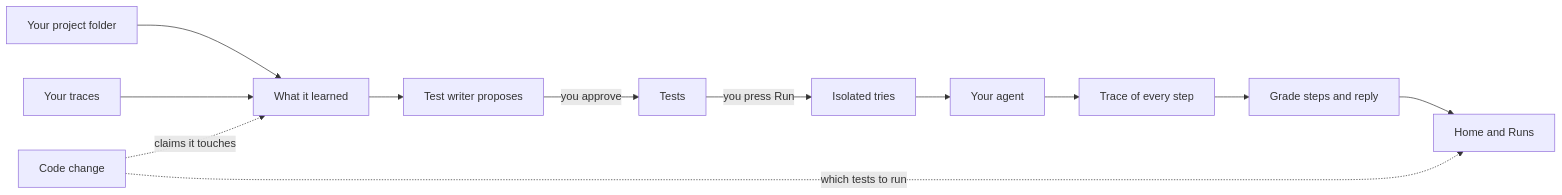
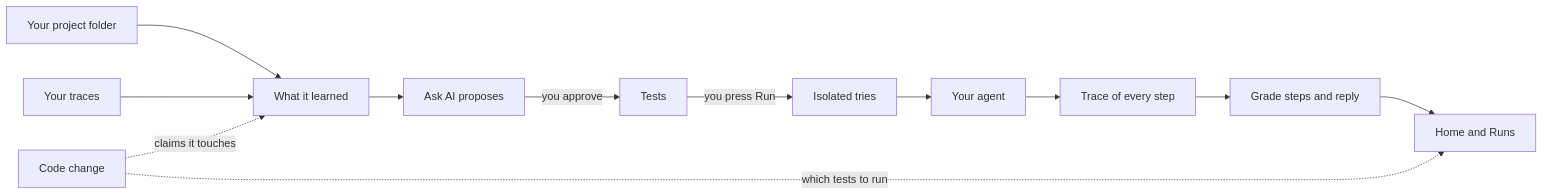
One commit to jcodebreaker/evalution changed the diagram in README.md. Above: the diagram before and after it, drawn with Mermaid. The commit also changed other lines of this file and 16 other files, not shown here.

````diff
--- a/README.md
+++ b/README.md
@@ -168,14 +168,14 @@
 ```mermaid
 flowchart LR
     F[Your project folder] --> L[What it learned]
     T[Your traces] --> L
-    L --> W[Test writer proposes]
+    L --> W[Ask AI proposes]
     W -->|you approve| S[Tests]
     S -->|you press Run| P[Isolated tries]
     P --> A[Your agent]
     A --> R[Trace of every step]
     R --> G[Grade steps and reply]
     G --> H[Home and Runs]
     C[Code change] -.->|which tests to run| H
     C -.->|claims it touches| L
 ```
````
